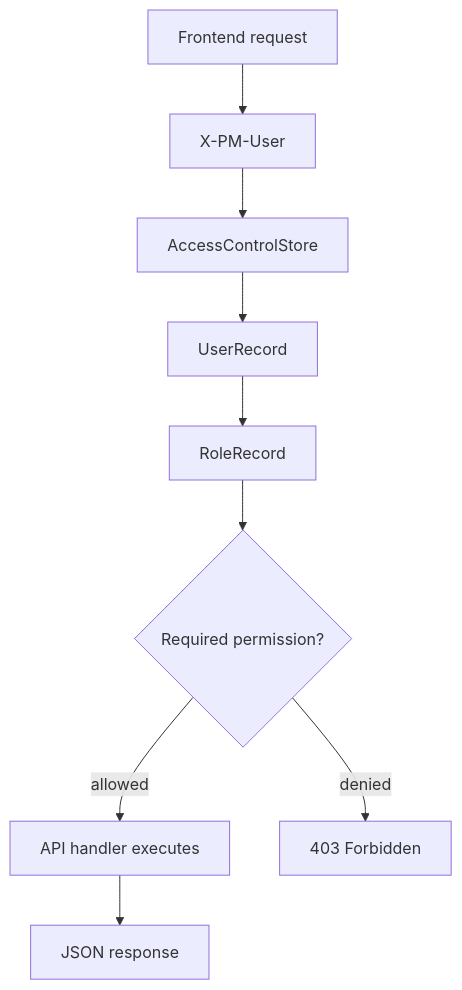
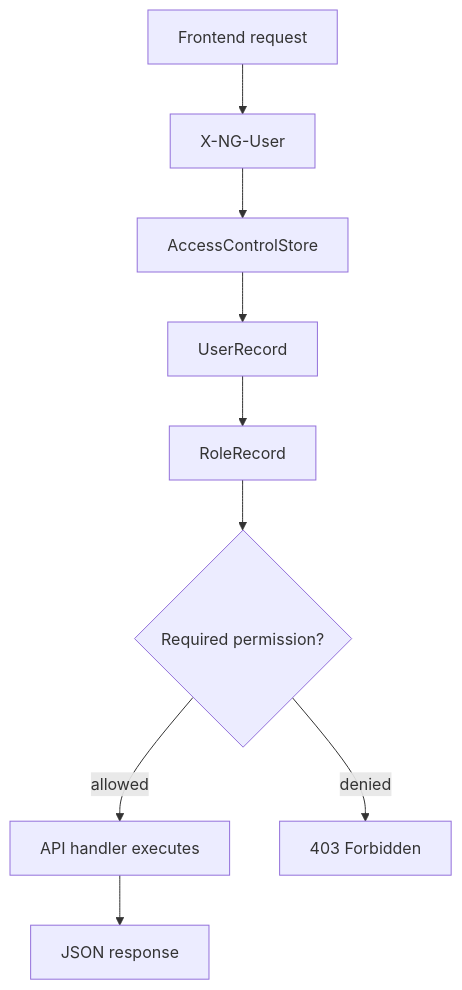
Before and after one commit to PatchMachine/Negotium: the eighth of 9 diagrams in docs/architecture.md, drawn with Mermaid. The commit also changed other lines of this file and 5 other files, not shown here.

First line of the commit message:
Rename auth header X-PM-User -> X-NG-User

````diff
--- a/docs/architecture.md
+++ b/docs/architecture.md
@@ -191,13 +191,13 @@
 ```mermaid
 flowchart TB
-  Request["Frontend request"] --> Header["X-PM-User"]
+  Request["Frontend request"] --> Header["X-NG-User"]
   Header --> ACL["AccessControlStore"]
   ACL --> User["UserRecord"]
   User --> Role["RoleRecord"]
   Role --> Permission{"Required permission?"}
 
   Permission -->|"allowed"| Handler["API handler executes"]
   Permission -->|"denied"| Forbidden["403 Forbidden"]
 
   Handler --> Result["JSON response"]
 ```
````
